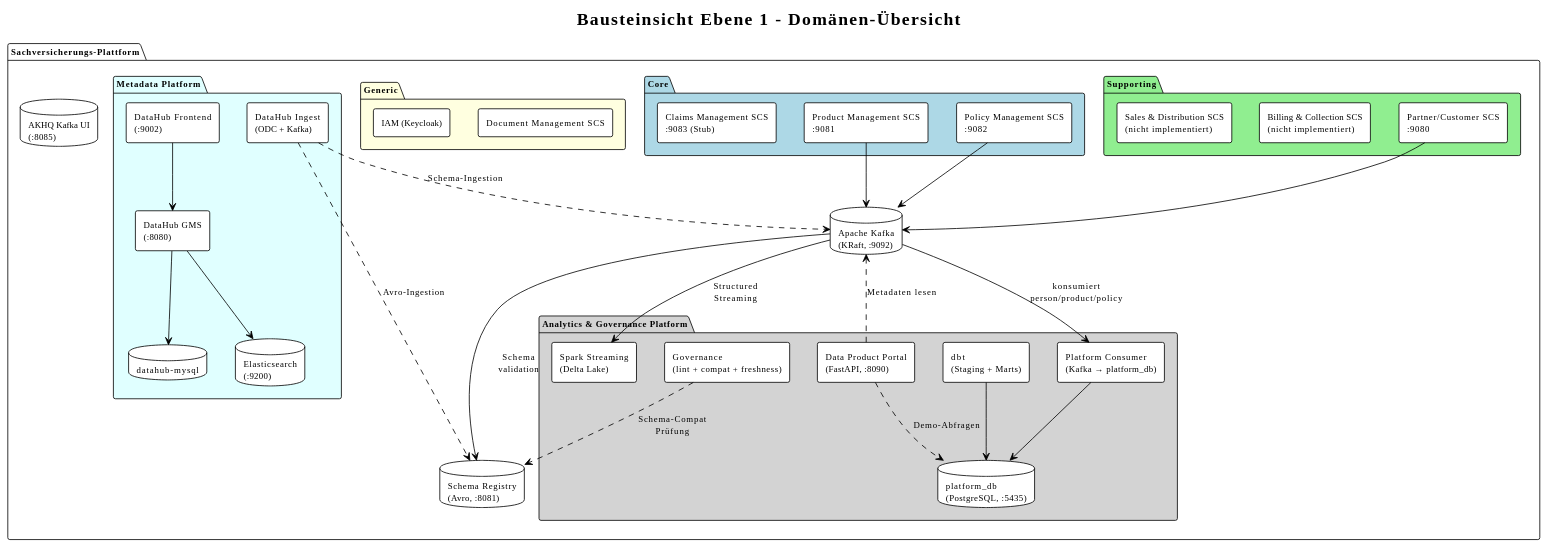
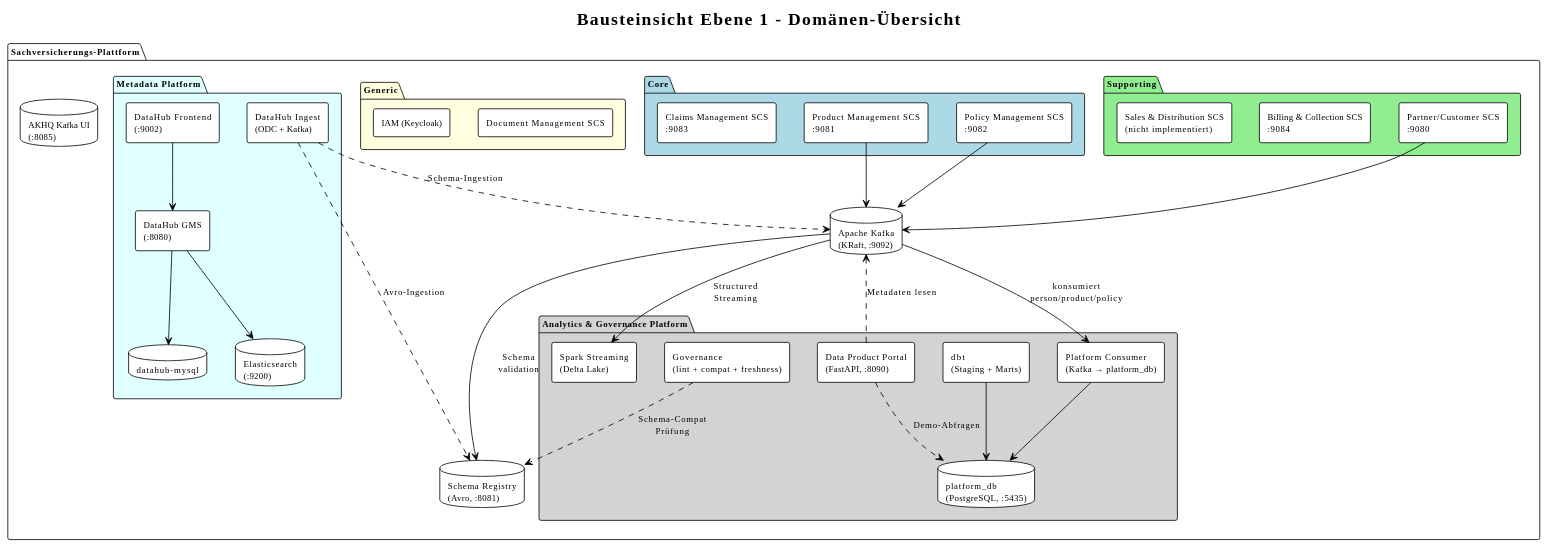
One commit to LukasW/datamesh changed the fourth of 16 diagrams in specs/arc42.md. Above: the diagram before and after it, drawn with PlantUML. The commit also changed other lines of this file and 49 other files, not shown here.

````diff
--- a/specs/arc42.md
+++ b/specs/arc42.md
@@ -283,70 +297,70 @@
 ```plantuml
 @startuml baustein-l1
 !theme plain
 skinparam componentStyle rectangle
 skinparam defaultFontSize 11
 
 title Bausteinsicht Ebene 1 – Domänen-Übersicht
 
 package "Sachversicherungs-Plattform" {
 
   package "Core" #LightBlue {
     [Product Management SCS\n:9081] as PM
     [Policy Management SCS\n:9082] as POL
-    [Claims Management SCS\n:9083 (Stub)] as CLM
+    [Claims Management SCS\n:9083] as CLM
   }
 
   package "Supporting" #LightGreen {
     [Partner/Customer SCS\n:9080] as PCM
-    [Billing & Collection SCS\n(nicht implementiert)] as BIL
+    [Billing & Collection SCS\n:9084] as BIL
     [Sales & Distribution SCS\n(nicht implementiert)] as SAL
   }
 
   package "Generic" #LightYellow {
     [Document Management SCS] as DMS
     [IAM (Keycloak)] as IAM
   }
 
   database "Apache Kafka\n(KRaft, :9092)" as KAFKA
   database "Schema Registry\n(Avro, :8081)" as SR
   database "AKHQ Kafka UI\n(:8085)" as AKHQ
 
   package "Analytics & Governance Platform" #LightGrey {
     [Platform Consumer\n(Kafka → platform_db)] as PC
     [dbt\n(Staging + Marts)] as DBT
     [Spark Streaming\n(Delta Lake)] as SPARK
     [Governance\n(lint + compat + freshness)] as GOV
     [Data Product Portal\n(FastAPI, :8090)] as PORTAL
     database "platform_db\n(PostgreSQL, :5435)" as PLTDB
   }
 
   package "Metadata Platform" #LightCyan {
     [DataHub GMS\n(:8080)] as DHGMS
     [DataHub Frontend\n(:9002)] as DH
     [DataHub Ingest\n(ODC + Kafka)] as DHINGEST
     database "datahub-mysql" as DHMYSQL
     database "Elasticsearch\n(:9200)" as DHES
   }
 }
 
 PM --> KAFKA
 POL --> KAFKA
 PCM --> KAFKA
 
 KAFKA --> SR : Schema\nvalidation
 KAFKA --> PC : konsumiert\nperson/product/policy
 KAFKA --> SPARK : Structured\nStreaming
 
 PC --> PLTDB
 DBT --> PLTDB
 PORTAL ..> KAFKA : Metadaten lesen
 PORTAL ..> PLTDB : Demo-Abfragen
 GOV ..> SR : Schema-Compat\nPrüfung
 DHGMS --> DHMYSQL
 DHGMS --> DHES
 DH --> DHGMS
 DHINGEST ..> SR : Avro-Ingestion
 DHINGEST ..> KAFKA : Schema-Ingestion
 
 @enduml
 ```
````
